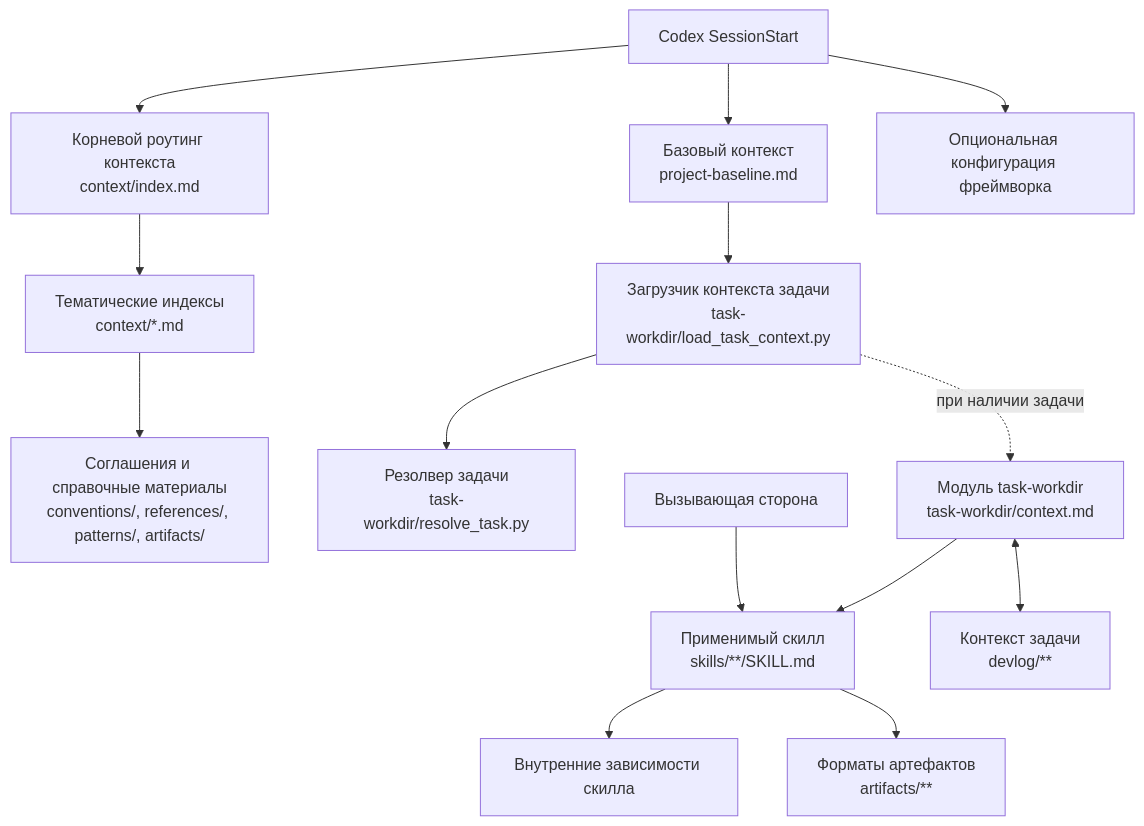
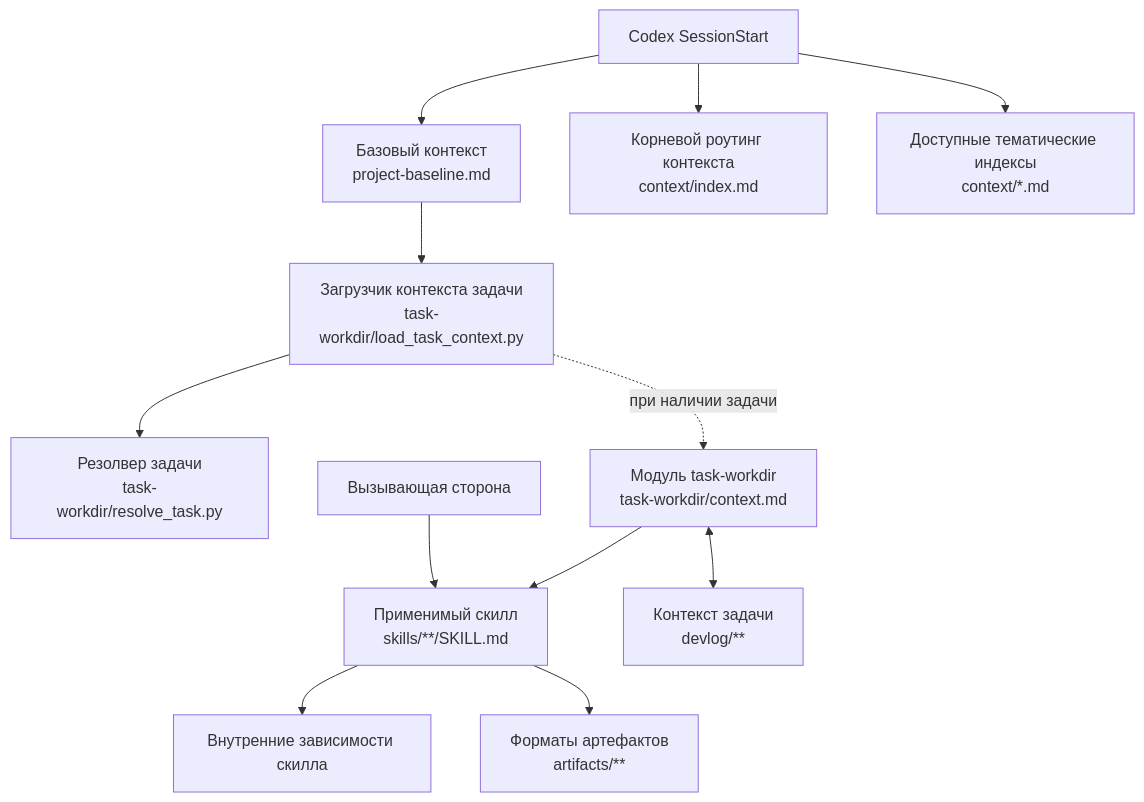
The diagram in README.md (ergonomic-code/dot-agents), drawn with Mermaid before and after one commit. The commit also changed other lines of this file and 38 other files, not shown here.

````diff
--- a/README.md
+++ b/README.md
@@ -119,16 +119,14 @@
 ```mermaid
 flowchart TD
     SessionStart[Codex SessionStart] --> Baseline[Базовый контекст<br/>project-baseline.md]
     SessionStart --> Context[Корневой роутинг контекста<br/>context/index.md]
-    SessionStart --> Config[Опциональная конфигурация фреймворка]
-    Context --> ContextIndexes[Тематические индексы<br/>context/*.md]
-    ContextIndexes --> RoutedContext[Соглашения и справочные материалы<br/>conventions/, references/, patterns/, artifacts/]
+    SessionStart -->  ContextIndexes[Доступные тематические индексы<br/>context/*.md]
     Baseline --> TaskLoader[Загрузчик контекста задачи<br/>task-workdir/load_task_context.py]
     TaskLoader --> TaskResolver[Резолвер задачи<br/>task-workdir/resolve_task.py]
     TaskLoader -. при наличии задачи .-> TaskModule[Модуль task-workdir<br/>task-workdir/context.md]
     TaskModule --> Skill[Применимый скилл<br/>skills/**/SKILL.md]
     Caller[Вызывающая сторона] --> Skill
     Skill --> Intrinsic[Внутренние зависимости скилла]
     Skill --> Artifacts[Форматы артефактов<br/>artifacts/**]
     TaskModule <--> Task[Контекст задачи<br/>devlog/**]
 ```
````
